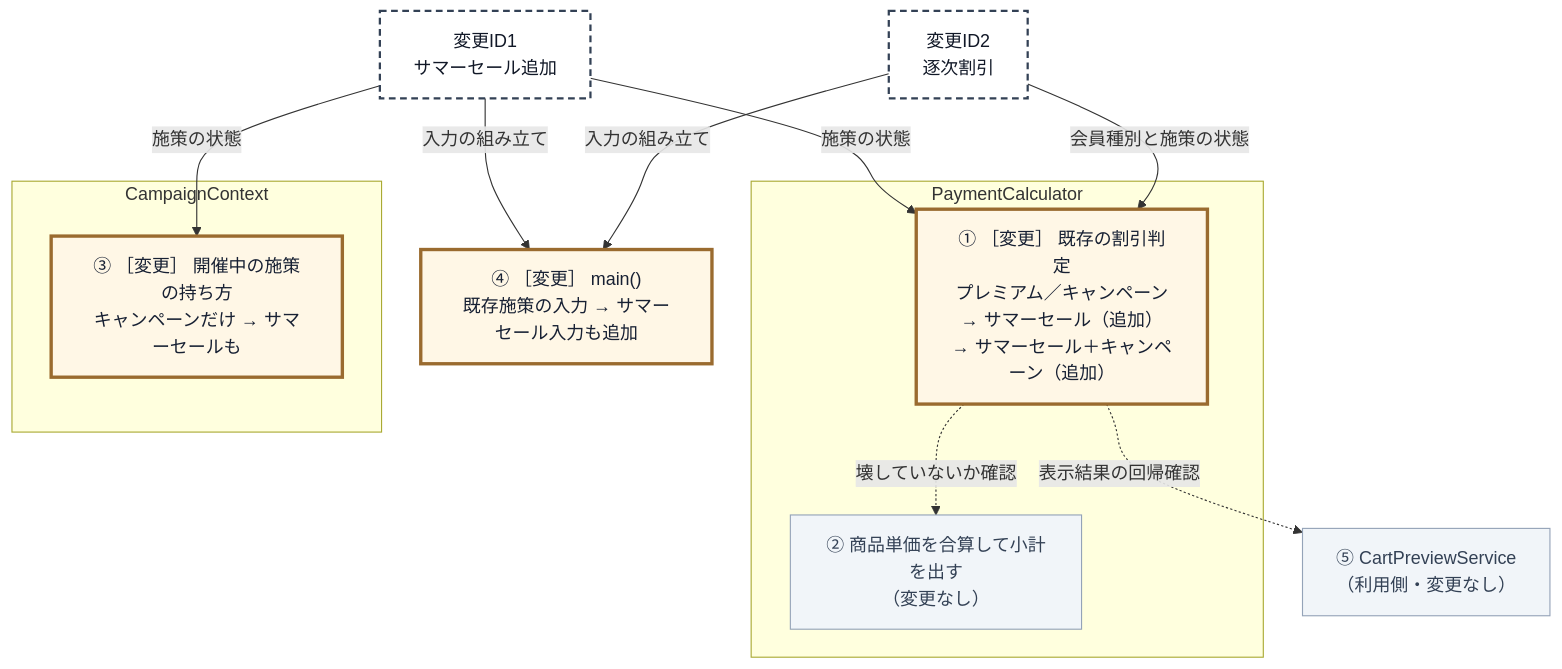
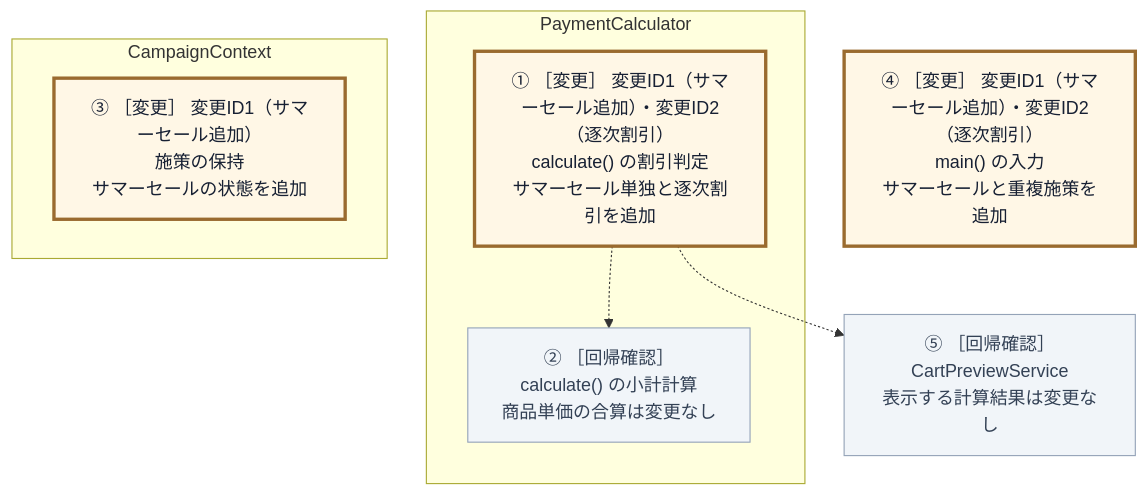
Before and after one commit to kumachan1101-pixel/DesignPattern: the seventh of 20 diagrams in kindle/design-patterns/books/volume01-core-patterns/output/03-chapter01.md, drawn with Mermaid. The commit also changed other lines of this file and 12 other files, not shown here.

````diff
--- a/kindle/design-patterns/books/volume01-core-patterns/output/03-chapter01.md
+++ b/kindle/design-patterns/books/volume01-core-patterns/output/03-chapter01.md
@@ -1171,29 +1182,21 @@
 ```mermaid
 graph TD
-    T1["変更ID1<br>サマーセール追加"]:::req
-    T2["変更ID2<br>逐次割引"]:::req
-
     subgraph PC["PaymentCalculator"]
-        P2["① ［変更］ 既存の割引判定<br>プレミアム／キャンペーン<br>→ サマーセール（追加）<br>→ サマーセール＋キャンペーン（追加）"]:::touched
-        P1["② 商品単価を合算して小計を出す<br>（変更なし）"]:::keep
+        P2["① ［変更］ 変更ID1（サマーセール追加）・変更ID2（逐次割引）<br>calculate() の割引判定<br>サマーセール単独と逐次割引を追加"]:::touched
+        P1["② ［回帰確認］<br>calculate() の小計計算<br>商品単価の合算は変更なし"]:::keep
     end
 
     subgraph CC["CampaignContext"]
-        C1["③ ［変更］ 開催中の施策の持ち方<br>キャンペーンだけ → サマーセールも"]:::touched
+        C1["③ ［変更］ 変更ID1（サマーセール追加）<br>施策の保持<br>サマーセールの状態を追加"]:::touched
     end
 
-    M["④ ［変更］ main()<br>既存施策の入力 → サマーセール入力も追加"]:::touched
-    V["⑤ CartPreviewService<br>（利用側・変更なし）"]:::keep
+    M["④ ［変更］ 変更ID1（サマーセール追加）・変更ID2（逐次割引）<br>main() の入力<br>サマーセールと重複施策を追加"]:::touched
+    V["⑤ ［回帰確認］<br>CartPreviewService<br>表示する計算結果は変更なし"]:::keep
 
-    T1 -->|"施策の状態"| P2
-    T1 -->|"施策の状態"| C1
-    T1 -->|"入力の組み立て"| M
-    T2 -->|"会員種別と施策の状態"| P2
-    T2 -->|"入力の組み立て"| M
-    P2 -.->|"壊していないか確認"| P1
-    P2 -.->|"表示結果の回帰確認"| V
+    P2 -.-> P1
+    P2 -.-> V
 
     classDef req fill:#ffffff,stroke:#334155,stroke-width:2px,stroke-dasharray:6 4,color:#111827;
     classDef keep fill:#f1f5f9,stroke:#94a3b8,color:#334155;
     classDef touched fill:#fff7e6,stroke:#9a6b2f,stroke-width:3px,color:#172033;
 ```
````
